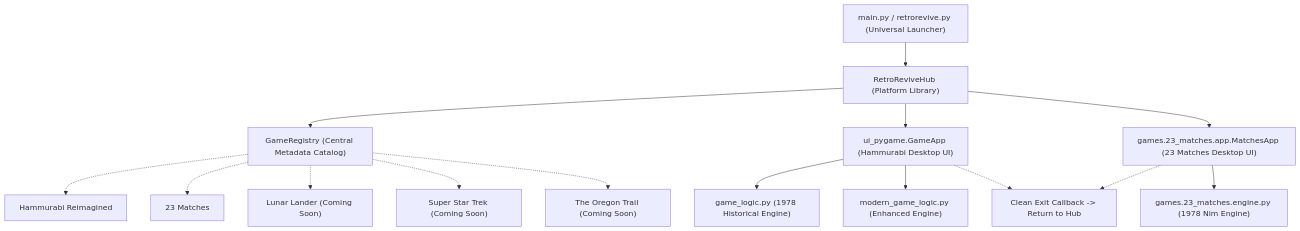
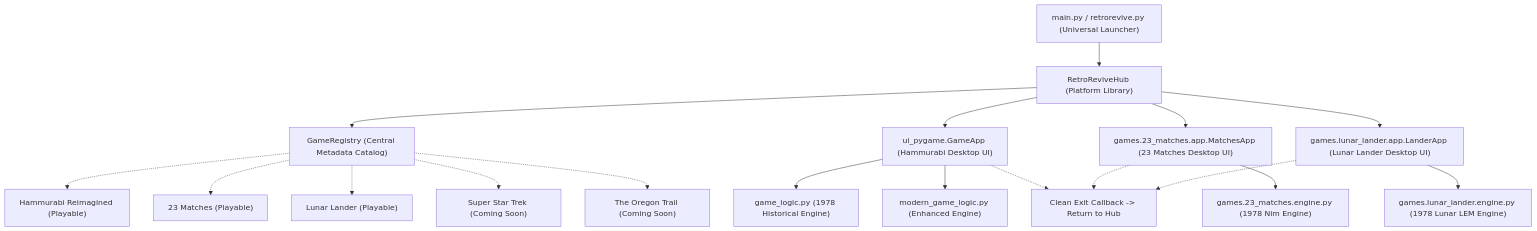
One commit to rohanbuilds-ai/RetroRevive changed the diagram in docs/platform-architecture.md. Above: the diagram before and after it, drawn with Mermaid. The commit also changed other lines of this file and 25 other files, not shown here.

First line of the commit message:
feat(lunar-lander): implement Lunar Lander as 3rd playable game on RetroRevive platform

````diff
--- a/docs/platform-architecture.md
+++ b/docs/platform-architecture.md
@@ -15,21 +15,24 @@
 ```mermaid
 flowchart TD
     Launcher["main.py / retrorevive.py (Universal Launcher)"] --> Hub["RetroReviveHub (Platform Library)"]
     Hub --> Reg["GameRegistry (Central Metadata Catalog)"]
     
-    Reg -.-> G1["Hammurabi Reimagined"]
-    Reg -.-> G2["23 Matches"]
-    Reg -.-> G3["Lunar Lander (Coming Soon)"]
+    Reg -.-> G1["Hammurabi Reimagined (Playable)"]
+    Reg -.-> G2["23 Matches (Playable)"]
+    Reg -.-> G3["Lunar Lander (Playable)"]
     Reg -.-> G4["Super Star Trek (Coming Soon)"]
     Reg -.-> G5["The Oregon Trail (Coming Soon)"]
     
     Hub --> Sub1["ui_pygame.GameApp (Hammurabi Desktop UI)"]
     Hub --> Sub2["games.23_matches.app.MatchesApp (23 Matches Desktop UI)"]
+    Hub --> Sub3["games.lunar_lander.app.LanderApp (Lunar Lander Desktop UI)"]
     
     Sub1 --> E1["game_logic.py (1978 Historical Engine)"]
     Sub1 --> E2["modern_game_logic.py (Enhanced Engine)"]
     Sub2 --> E3["games.23_matches.engine.py (1978 Nim Engine)"]
+    Sub3 --> E4["games.lunar_lander.engine.py (1978 Lunar LEM Engine)"]
     
     Sub1 -.-> HubReturn["Clean Exit Callback -> Return to Hub"]
     Sub2 -.-> HubReturn
+    Sub3 -.-> HubReturn
 ```
````
